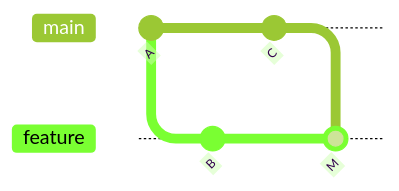
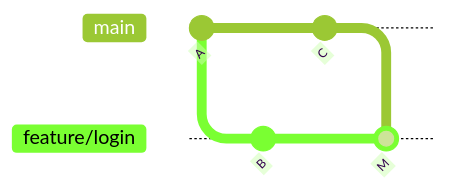
One commit to ykgw-daiki-nakamura/nakamura-git-tutorial changed the first of 2 diagrams in docs/guide/rebase.md. Above: the diagram before and after it, drawn with Mermaid (forest theme). The commit also changed 1 other file, not shown here.

Commit message:
docs(guide): 図のブランチ名を feature/login に統一（レビュー反映）

````diff
--- a/docs/guide/rebase.md
+++ b/docs/guide/rebase.md
@@ -11,11 +11,11 @@
 ```mermaid
 gitGraph
     commit id: "A"
-    branch feature
-    checkout feature
+    branch feature/login
+    checkout feature/login
     commit id: "B"
     checkout main
     commit id: "C"
-    checkout feature
+    checkout feature/login
     merge main id: "M"
 ```
````
